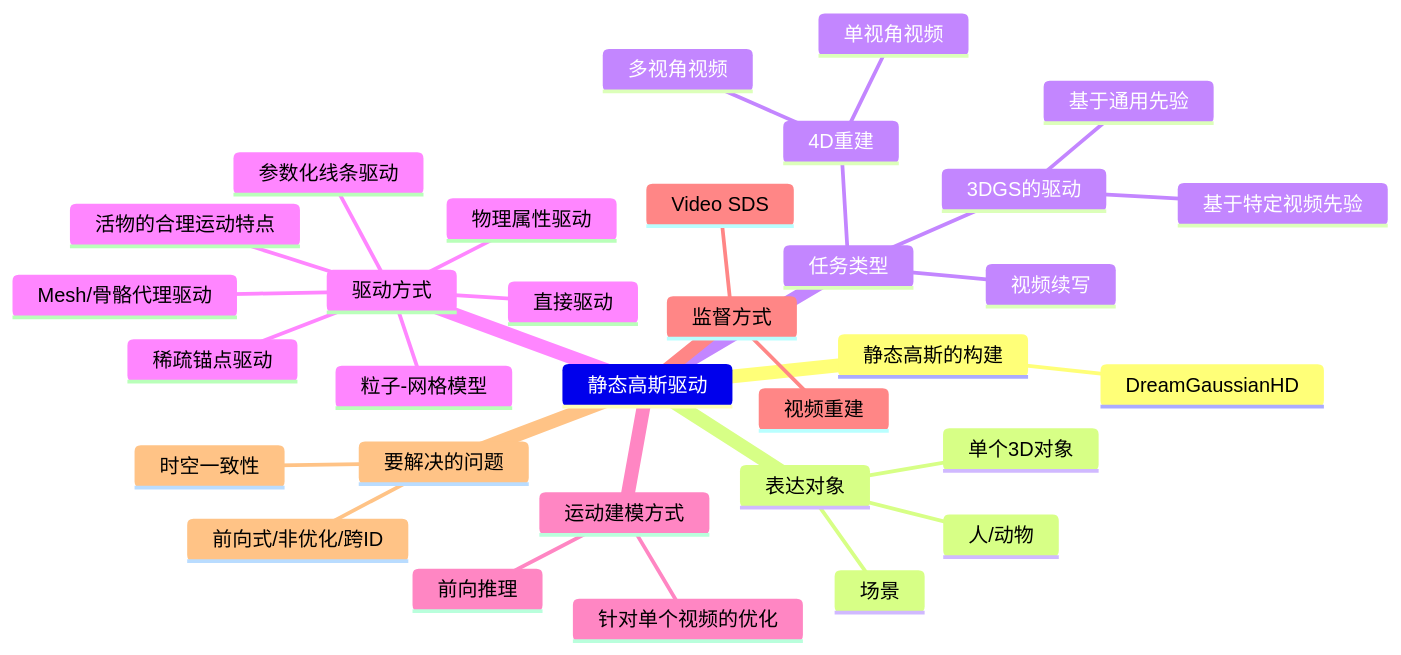
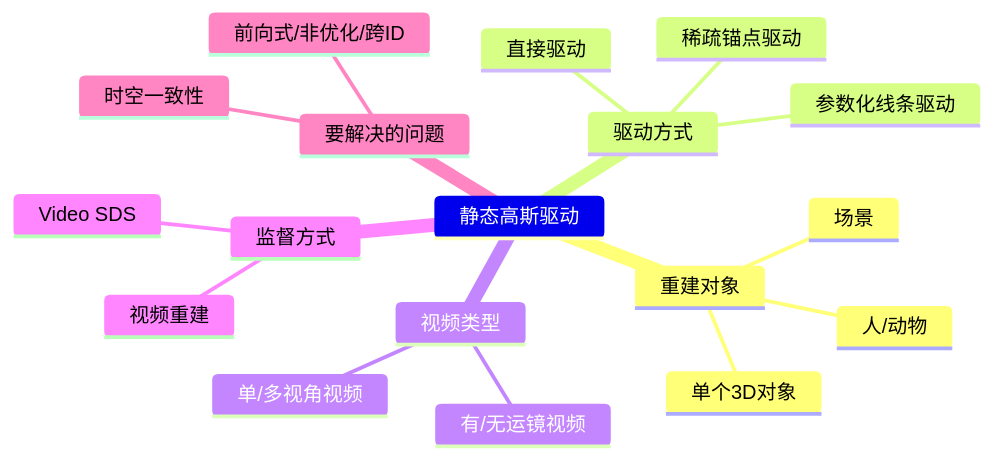
One commit to CaterpillarStudyGroup/ImportantArticles changed the diagram in src/3DGSAnimation/4DReconstruction.md. Above: the diagram before and after it, drawn with Mermaid. The commit also changed other lines of this file and 1 other file, not shown here.

````diff
--- a/src/3DGSAnimation/4DReconstruction.md
+++ b/src/3DGSAnimation/4DReconstruction.md
@@ -1,35 +1,21 @@
 ```mermaid
 mindmap
 静态高斯驱动
-    静态高斯的构建
-        DreamGaussianHD
-    表达对象
+    重建对象
         场景
         单个3D对象
         人/动物
-    任务类型
-        4D重建
-            单视角视频
-            多视角视频
-        视频续写
-        3DGS的驱动
-            基于特定视频先验
-            基于通用先验
     驱动方式
         直接驱动
-        Mesh/骨骼代理驱动
         参数化线条驱动
-        活物的合理运动特点
-        物理属性驱动
         稀疏锚点驱动
-        粒子-网格模型
-    运动建模方式
-        针对单个视频的优化
-        前向推理
+    视频类型
+        单/多视角视频
+        有/无运镜视频
     监督方式
         Video SDS
         视频重建
     要解决的问题
         时空一致性
         前向式/非优化/跨ID
 ```
````
